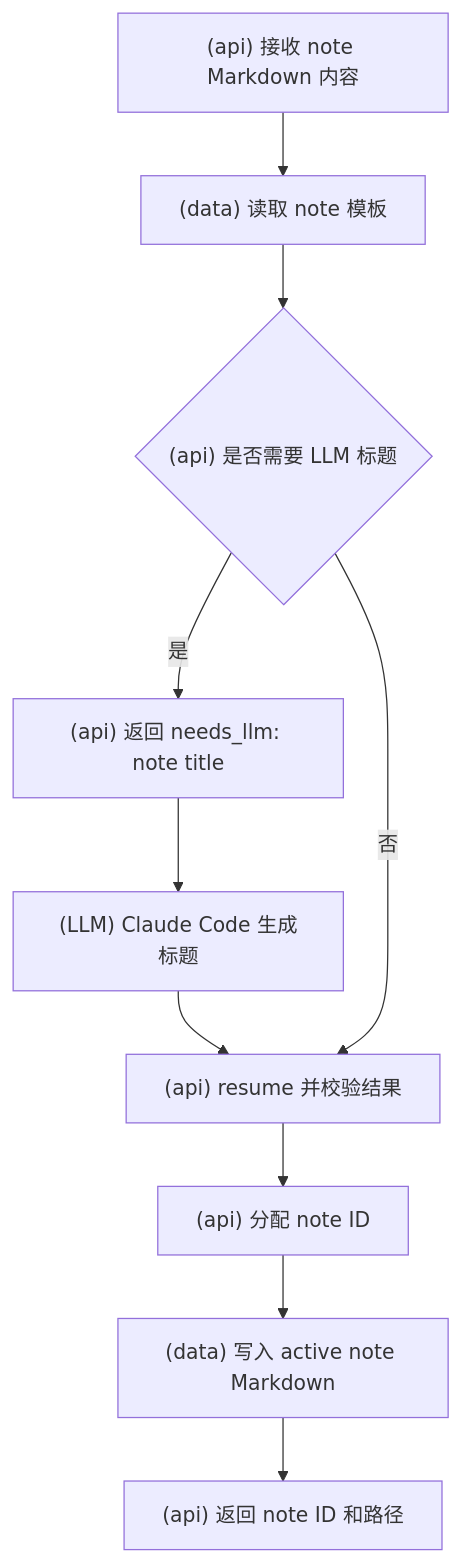
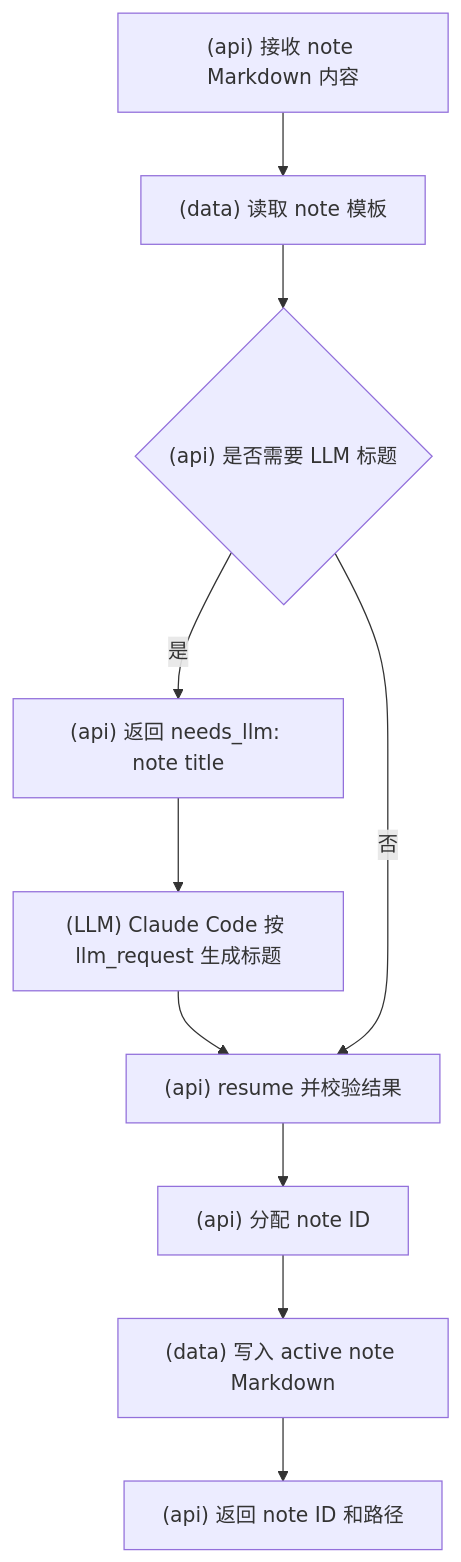
One commit to srangerme/KBManager changed diagram 17 of 21 in docs/流程图.md. Above: the diagram before and after it, drawn with Mermaid. The commit also changed other lines of this file and 32 other files, not shown here.

````diff
--- a/docs/流程图.md
+++ b/docs/流程图.md
@@ -250,12 +253,12 @@
 ```mermaid
 flowchart TD
   A["(api) 接收 note Markdown 内容"] --> B["(data) 读取 note 模板"]
   B --> C{"(api) 是否需要 LLM 标题"}
   C -- 是 --> D["(api) 返回 needs_llm: note title"]
-  D --> E["(LLM) Claude Code 生成标题"]
+  D --> E["(LLM) Claude Code 按 llm_request 生成标题"]
   E --> F["(api) resume 并校验结果"]
   C -- 否 --> F
   F --> G["(api) 分配 note ID"]
   G --> H["(data) 写入 active note Markdown"]
   H --> I["(api) 返回 note ID 和路径"]
 ```
````
